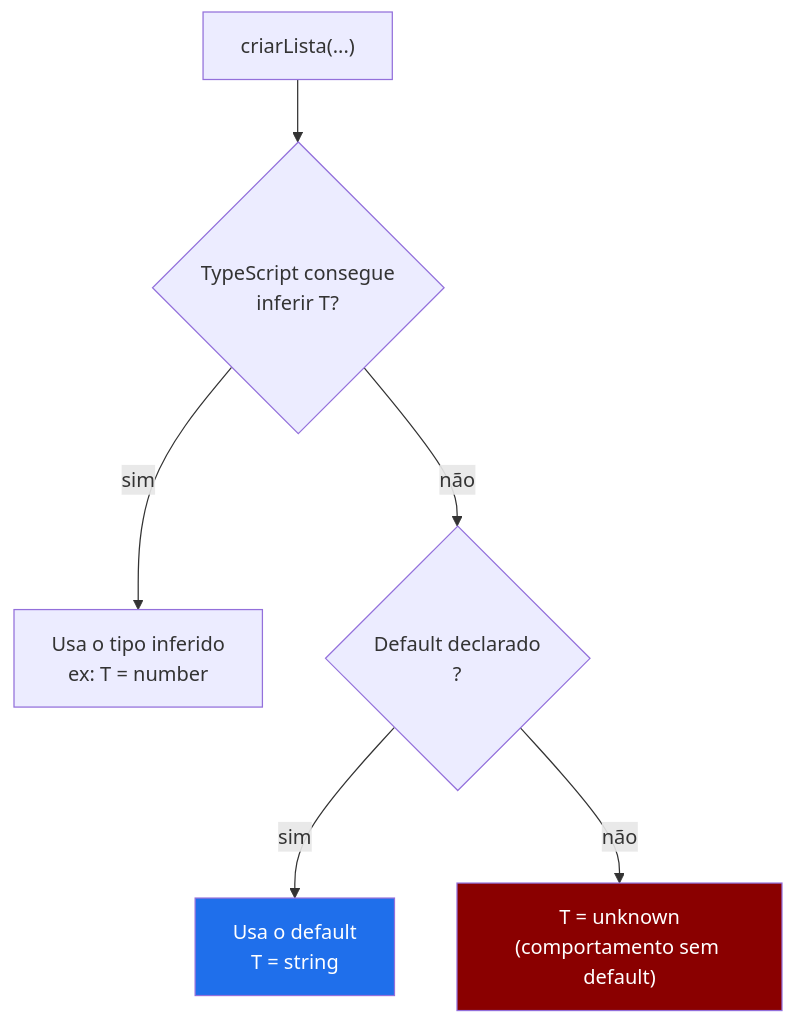
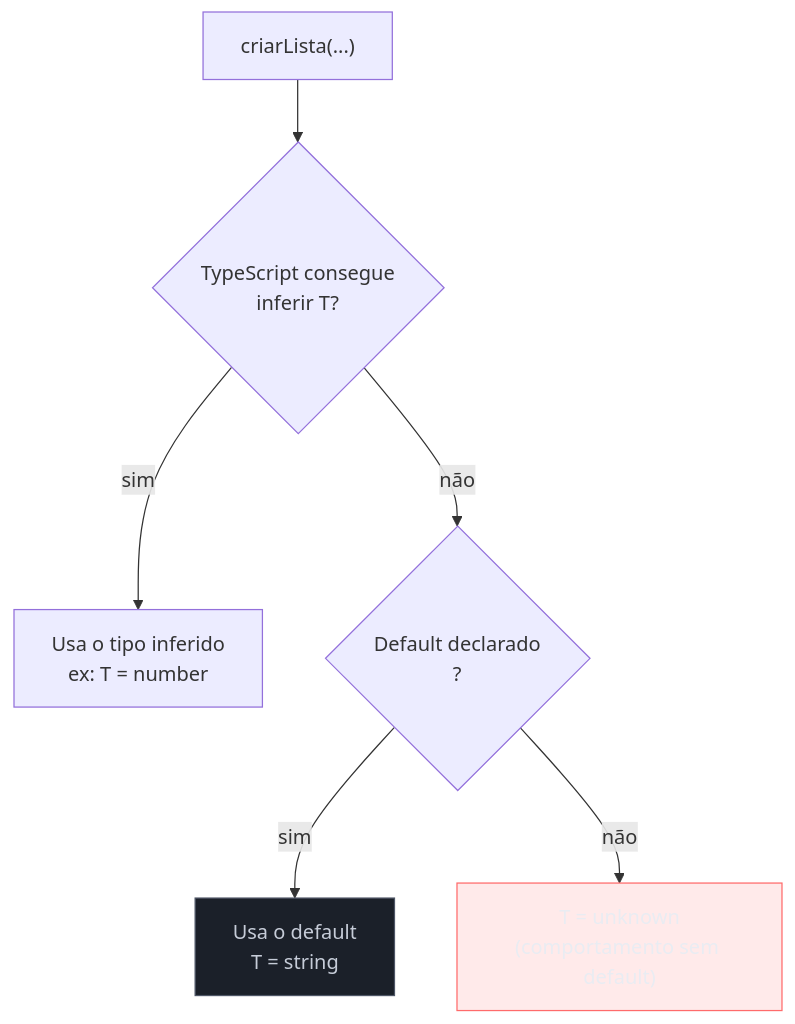
The first of 5 diagrams in 03-Dominios/Tecnologia/TypeScript/12 - Generics - defaults, classes e interfaces genéricas.md (josenaldo/codex-technomanticus), drawn with Mermaid before and after one commit. The commit also changed other lines of this file and 1181 other files, not shown here.

First line of the commit message:
fix(diagramas): paleta do sistema no lugar de cor cravada no markdown

````diff
--- a/03-Dominios/Tecnologia/TypeScript/12 - Generics - defaults, classes e interfaces genéricas.md
+++ b/03-Dominios/Tecnologia/TypeScript/12 - Generics - defaults, classes e interfaces genéricas.md
@@ -55,18 +55,20 @@
 ```mermaid
 flowchart TD
+    classDef neutro fill:#1B2029,stroke:#4E5666,color:#C6CCD8
+    classDef falha fill:#FF6B6B24,stroke:#FF6B6B,color:#E9ECF2
     CALL["criarLista(...)"]
     INF{"TypeScript consegue\ninferir T?"}
     USE_INF["Usa o tipo inferido\nex: T = number"]
     DEF{"Default declarado\n<T = string>?"}
     USE_DEF["Usa o default\nT = string"]
     ERR["T = unknown\n(comportamento sem default)"]
 
     CALL --> INF
     INF -->|sim| USE_INF
     INF -->|não| DEF
     DEF -->|sim| USE_DEF
     DEF -->|não| ERR
 
-    style USE_DEF fill:#1f6feb,color:#fff
-    style ERR fill:#8a0000,color:#fff
+    class USE_DEF neutro
+    class ERR falha
 ```
````
